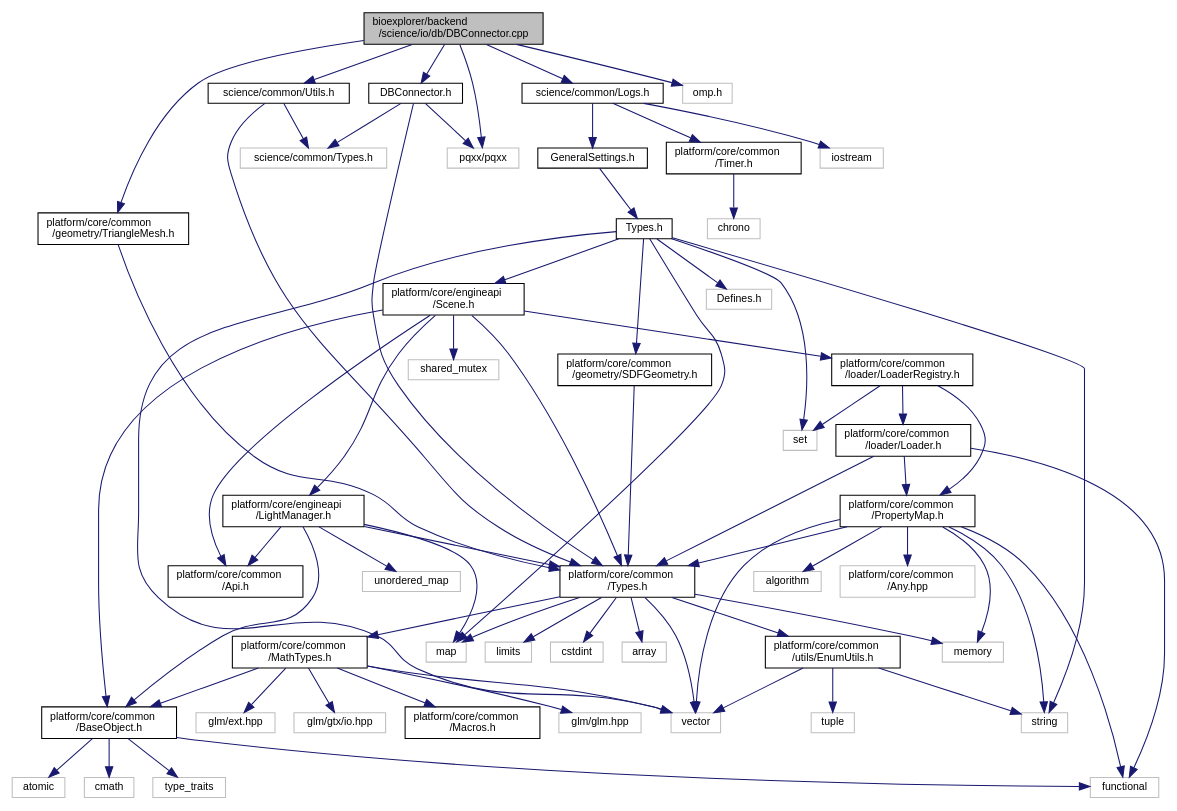
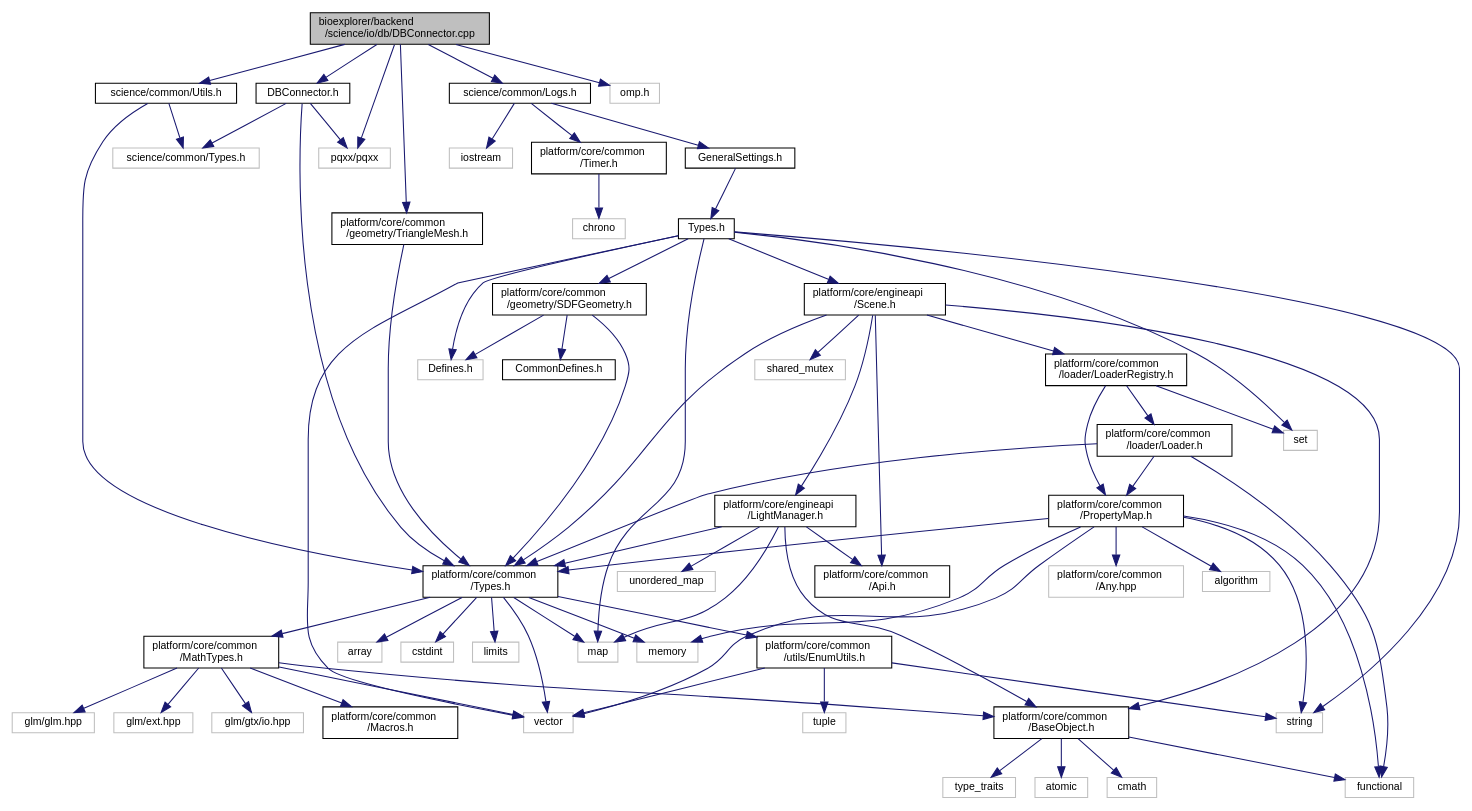
Before and after one commit to BlueBrain/BioExplorer: the diagram in docs/de/ddc/science_2io_2db_2DBConnector_8cpp__incl.dot, drawn with Graphviz. The commit also changed 1598 other files, not shown here.

```diff
--- a/docs/de/ddc/science_2io_2db_2DBConnector_8cpp__incl.dot
+++ b/docs/de/ddc/science_2io_2db_2DBConnector_8cpp__incl.dot
@@ -62,61 +62,64 @@
   Node28 [label="Defines.h",height=0.2,width=0.4,color="grey75", fillcolor="white", style="filled",tooltip=" "];
   Node27 -> Node29 [color="midnightblue",fontsize="10",style="solid",fontname="Helvetica"];
   Node29 [label="platform/core/common\l/geometry/SDFGeometry.h",height=0.2,width=0.4,color="black", fillcolor="white", style="filled",URL="$d2/df3/SDFGeometry_8h.html",tooltip=" "];
+  Node29 -> Node30 [color="midnightblue",fontsize="10",style="solid",fontname="Helvetica"];
+  Node30 [label="CommonDefines.h",height=0.2,width=0.4,color="black", fillcolor="white", style="filled",URL="$de/d05/CommonDefines_8h.html",tooltip=" "];
   Node29 -> Node4 [color="midnightblue",fontsize="10",style="solid",fontname="Helvetica"];
-  Node27 -> Node30 [color="midnightblue",fontsize="10",style="solid",fontname="Helvetica"];
-  Node30 [label="platform/core/engineapi\l/Scene.h",height=0.2,width=0.4,color="black", fillcolor="white", style="filled",URL="$d5/d2d/Scene_8h.html",tooltip=" "];
-  Node30 -> Node31 [color="midnightblue",fontsize="10",style="solid",fontname="Helvetica"];
-  Node31 [label="platform/core/common\l/Api.h",height=0.2,width=0.4,color="black", fillcolor="white", style="filled",URL="$df/d21/Api_8h.html",tooltip=" "];
-  Node30 -> Node10 [color="midnightblue",fontsize="10",style="solid",fontname="Helvetica"];
-  Node30 -> Node4 [color="midnightblue",fontsize="10",style="solid",fontname="Helvetica"];
-  Node30 -> Node32 [color="midnightblue",fontsize="10",style="solid",fontname="Helvetica"];
-  Node32 [label="platform/core/common\l/loader/LoaderRegistry.h",height=0.2,width=0.4,color="black", fillcolor="white", style="filled",URL="$d6/d76/LoaderRegistry_8h.html",tooltip=" "];
-  Node32 -> Node33 [color="midnightblue",fontsize="10",style="solid",fontname="Helvetica"];
-  Node33 [label="platform/core/common\l/PropertyMap.h",height=0.2,width=0.4,color="black", fillcolor="white", style="filled",URL="$dc/d04/PropertyMap_8h.html",tooltip=" "];
-  Node33 -> Node4 [color="midnightblue",fontsize="10",style="solid",fontname="Helvetica"];
+  Node29 -> Node28 [color="midnightblue",fontsize="10",style="solid",fontname="Helvetica"];
+  Node27 -> Node31 [color="midnightblue",fontsize="10",style="solid",fontname="Helvetica"];
+  Node31 [label="platform/core/engineapi\l/Scene.h",height=0.2,width=0.4,color="black", fillcolor="white", style="filled",URL="$d5/d2d/Scene_8h.html",tooltip=" "];
+  Node31 -> Node32 [color="midnightblue",fontsize="10",style="solid",fontname="Helvetica"];
+  Node32 [label="platform/core/common\l/Api.h",height=0.2,width=0.4,color="black", fillcolor="white", style="filled",URL="$df/d21/Api_8h.html",tooltip=" "];
+  Node31 -> Node10 [color="midnightblue",fontsize="10",style="solid",fontname="Helvetica"];
+  Node31 -> Node4 [color="midnightblue",fontsize="10",style="solid",fontname="Helvetica"];
+  Node31 -> Node33 [color="midnightblue",fontsize="10",style="solid",fontname="Helvetica"];
+  Node33 [label="platform/core/common\l/loader/LoaderRegistry.h",height=0.2,width=0.4,color="black", fillcolor="white", style="filled",URL="$d6/d76/LoaderRegistry_8h.html",tooltip=" "];
   Node33 -> Node34 [color="midnightblue",fontsize="10",style="solid",fontname="Helvetica"];
-  Node34 [label="platform/core/common\l/Any.hpp",height=0.2,width=0.4,color="grey75", fillcolor="white", style="filled",tooltip=" "];
-  Node33 -> Node35 [color="midnightblue",fontsize="10",style="solid",fontname="Helvetica"];
-  Node35 [label="algorithm",height=0.2,width=0.4,color="grey75", fillcolor="white", style="filled",tooltip=" "];
-  Node33 -> Node13 [color="midnightblue",fontsize="10",style="solid",fontname="Helvetica"];
-  Node33 -> Node23 [color="midnightblue",fontsize="10",style="solid",fontname="Helvetica"];
-  Node33 -> Node17 [color="midnightblue",fontsize="10",style="solid",fontname="Helvetica"];
-  Node33 -> Node9 [color="midnightblue",fontsize="10",style="solid",fontname="Helvetica"];
-  Node32 -> Node36 [color="midnightblue",fontsize="10",style="solid",fontname="Helvetica"];
-  Node36 [label="platform/core/common\l/loader/Loader.h",height=0.2,width=0.4,color="black", fillcolor="white", style="filled",URL="$dc/d0b/Loader_8h.html",tooltip=" "];
-  Node36 -> Node33 [color="midnightblue",fontsize="10",style="solid",fontname="Helvetica"];
-  Node36 -> Node4 [color="midnightblue",fontsize="10",style="solid",fontname="Helvetica"];
-  Node36 -> Node13 [color="midnightblue",fontsize="10",style="solid",fontname="Helvetica"];
-  Node32 -> Node37 [color="midnightblue",fontsize="10",style="solid",fontname="Helvetica"];
-  Node37 [label="set",height=0.2,width=0.4,color="grey75", fillcolor="white", style="filled",tooltip=" "];
-  Node30 -> Node38 [color="midnightblue",fontsize="10",style="solid",fontname="Helvetica"];
-  Node38 [label="platform/core/engineapi\l/LightManager.h",height=0.2,width=0.4,color="black", fillcolor="white", style="filled",URL="$dd/d9a/LightManager_8h.html",tooltip=" "];
-  Node38 -> Node31 [color="midnightblue",fontsize="10",style="solid",fontname="Helvetica"];
-  Node38 -> Node10 [color="midnightblue",fontsize="10",style="solid",fontname="Helvetica"];
-  Node38 -> Node4 [color="midnightblue",fontsize="10",style="solid",fontname="Helvetica"];
-  Node38 -> Node22 [color="midnightblue",fontsize="10",style="solid",fontname="Helvetica"];
-  Node38 -> Node39 [color="midnightblue",fontsize="10",style="solid",fontname="Helvetica"];
-  Node39 [label="unordered_map",height=0.2,width=0.4,color="grey75", fillcolor="white", style="filled",tooltip=" "];
-  Node30 -> Node40 [color="midnightblue",fontsize="10",style="solid",fontname="Helvetica"];
-  Node40 [label="shared_mutex",height=0.2,width=0.4,color="grey75", fillcolor="white", style="filled",tooltip=" "];
+  Node34 [label="platform/core/common\l/PropertyMap.h",height=0.2,width=0.4,color="black", fillcolor="white", style="filled",URL="$dc/d04/PropertyMap_8h.html",tooltip=" "];
+  Node34 -> Node4 [color="midnightblue",fontsize="10",style="solid",fontname="Helvetica"];
+  Node34 -> Node35 [color="midnightblue",fontsize="10",style="solid",fontname="Helvetica"];
+  Node35 [label="platform/core/common\l/Any.hpp",height=0.2,width=0.4,color="grey75", fillcolor="white", style="filled",tooltip=" "];
+  Node34 -> Node36 [color="midnightblue",fontsize="10",style="solid",fontname="Helvetica"];
+  Node36 [label="algorithm",height=0.2,width=0.4,color="grey75", fillcolor="white", style="filled",tooltip=" "];
+  Node34 -> Node13 [color="midnightblue",fontsize="10",style="solid",fontname="Helvetica"];
+  Node34 -> Node23 [color="midnightblue",fontsize="10",style="solid",fontname="Helvetica"];
+  Node34 -> Node17 [color="midnightblue",fontsize="10",style="solid",fontname="Helvetica"];
+  Node34 -> Node9 [color="midnightblue",fontsize="10",style="solid",fontname="Helvetica"];
+  Node33 -> Node37 [color="midnightblue",fontsize="10",style="solid",fontname="Helvetica"];
+  Node37 [label="platform/core/common\l/loader/Loader.h",height=0.2,width=0.4,color="black", fillcolor="white", style="filled",URL="$dc/d0b/Loader_8h.html",tooltip=" "];
+  Node37 -> Node34 [color="midnightblue",fontsize="10",style="solid",fontname="Helvetica"];
+  Node37 -> Node4 [color="midnightblue",fontsize="10",style="solid",fontname="Helvetica"];
+  Node37 -> Node13 [color="midnightblue",fontsize="10",style="solid",fontname="Helvetica"];
+  Node33 -> Node38 [color="midnightblue",fontsize="10",style="solid",fontname="Helvetica"];
+  Node38 [label="set",height=0.2,width=0.4,color="grey75", fillcolor="white", style="filled",tooltip=" "];
+  Node31 -> Node39 [color="midnightblue",fontsize="10",style="solid",fontname="Helvetica"];
+  Node39 [label="platform/core/engineapi\l/LightManager.h",height=0.2,width=0.4,color="black", fillcolor="white", style="filled",URL="$dd/d9a/LightManager_8h.html",tooltip=" "];
+  Node39 -> Node32 [color="midnightblue",fontsize="10",style="solid",fontname="Helvetica"];
+  Node39 -> Node10 [color="midnightblue",fontsize="10",style="solid",fontname="Helvetica"];
+  Node39 -> Node4 [color="midnightblue",fontsize="10",style="solid",fontname="Helvetica"];
+  Node39 -> Node22 [color="midnightblue",fontsize="10",style="solid",fontname="Helvetica"];
+  Node39 -> Node40 [color="midnightblue",fontsize="10",style="solid",fontname="Helvetica"];
+  Node40 [label="unordered_map",height=0.2,width=0.4,color="grey75", fillcolor="white", style="filled",tooltip=" "];
+  Node31 -> Node41 [color="midnightblue",fontsize="10",style="solid",fontname="Helvetica"];
+  Node41 [label="shared_mutex",height=0.2,width=0.4,color="grey75", fillcolor="white", style="filled",tooltip=" "];
   Node27 -> Node22 [color="midnightblue",fontsize="10",style="solid",fontname="Helvetica"];
-  Node27 -> Node37 [color="midnightblue",fontsize="10",style="solid",fontname="Helvetica"];
+  Node27 -> Node38 [color="midnightblue",fontsize="10",style="solid",fontname="Helvetica"];
   Node27 -> Node17 [color="midnightblue",fontsize="10",style="solid",fontname="Helvetica"];
   Node27 -> Node9 [color="midnightblue",fontsize="10",style="solid",fontname="Helvetica"];
-  Node25 -> Node41 [color="midnightblue",fontsize="10",style="solid",fontname="Helvetica"];
-  Node41 [label="platform/core/common\l/Timer.h",height=0.2,width=0.4,color="black", fillcolor="white", style="filled",URL="$dd/d27/Timer_8h.html",tooltip=" "];
-  Node41 -> Node42 [color="midnightblue",fontsize="10",style="solid",fontname="Helvetica"];
-  Node42 [label="chrono",height=0.2,width=0.4,color="grey75", fillcolor="white", style="filled",tooltip=" "];
-  Node25 -> Node43 [color="midnightblue",fontsize="10",style="solid",fontname="Helvetica"];
-  Node43 [label="iostream",height=0.2,width=0.4,color="grey75", fillcolor="white", style="filled",tooltip=" "];
-  Node1 -> Node44 [color="midnightblue",fontsize="10",style="solid",fontname="Helvetica"];
-  Node44 [label="science/common/Utils.h",height=0.2,width=0.4,color="black", fillcolor="white", style="filled",URL="$dd/dd8/bioexplorer_2backend_2science_2common_2Utils_8h.html",tooltip=" "];
-  Node44 -> Node3 [color="midnightblue",fontsize="10",style="solid",fontname="Helvetica"];
-  Node44 -> Node4 [color="midnightblue",fontsize="10",style="solid",fontname="Helvetica"];
+  Node25 -> Node42 [color="midnightblue",fontsize="10",style="solid",fontname="Helvetica"];
+  Node42 [label="platform/core/common\l/Timer.h",height=0.2,width=0.4,color="black", fillcolor="white", style="filled",URL="$dd/d27/Timer_8h.html",tooltip=" "];
+  Node42 -> Node43 [color="midnightblue",fontsize="10",style="solid",fontname="Helvetica"];
+  Node43 [label="chrono",height=0.2,width=0.4,color="grey75", fillcolor="white", style="filled",tooltip=" "];
+  Node25 -> Node44 [color="midnightblue",fontsize="10",style="solid",fontname="Helvetica"];
+  Node44 [label="iostream",height=0.2,width=0.4,color="grey75", fillcolor="white", style="filled",tooltip=" "];
   Node1 -> Node45 [color="midnightblue",fontsize="10",style="solid",fontname="Helvetica"];
-  Node45 [label="platform/core/common\l/geometry/TriangleMesh.h",height=0.2,width=0.4,color="black", fillcolor="white", style="filled",URL="$df/dfa/TriangleMesh_8h.html",tooltip=" "];
+  Node45 [label="science/common/Utils.h",height=0.2,width=0.4,color="black", fillcolor="white", style="filled",URL="$dd/dd8/bioexplorer_2backend_2science_2common_2Utils_8h.html",tooltip=" "];
+  Node45 -> Node3 [color="midnightblue",fontsize="10",style="solid",fontname="Helvetica"];
   Node45 -> Node4 [color="midnightblue",fontsize="10",style="solid",fontname="Helvetica"];
   Node1 -> Node46 [color="midnightblue",fontsize="10",style="solid",fontname="Helvetica"];
-  Node46 [label="omp.h",height=0.2,width=0.4,color="grey75", fillcolor="white", style="filled",tooltip=" "];
+  Node46 [label="platform/core/common\l/geometry/TriangleMesh.h",height=0.2,width=0.4,color="black", fillcolor="white", style="filled",URL="$df/dfa/TriangleMesh_8h.html",tooltip=" "];
+  Node46 -> Node4 [color="midnightblue",fontsize="10",style="solid",fontname="Helvetica"];
+  Node1 -> Node47 [color="midnightblue",fontsize="10",style="solid",fontname="Helvetica"];
+  Node47 [label="omp.h",height=0.2,width=0.4,color="grey75", fillcolor="white", style="filled",tooltip=" "];
   Node1 -> Node24 [color="midnightblue",fontsize="10",style="solid",fontname="Helvetica"];
 }
```
